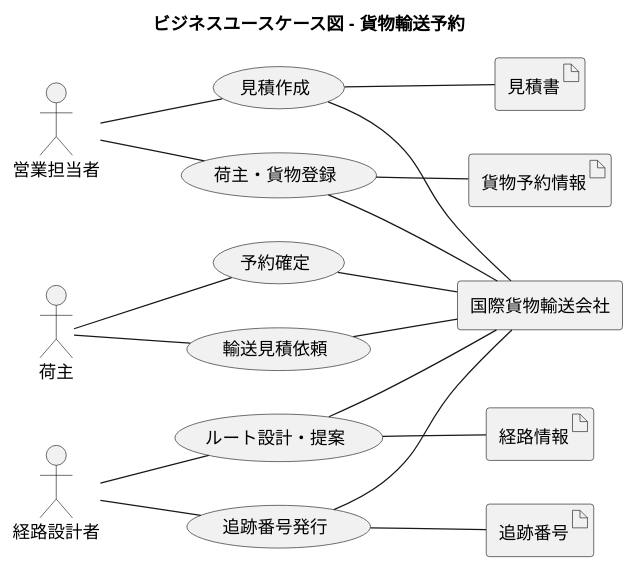
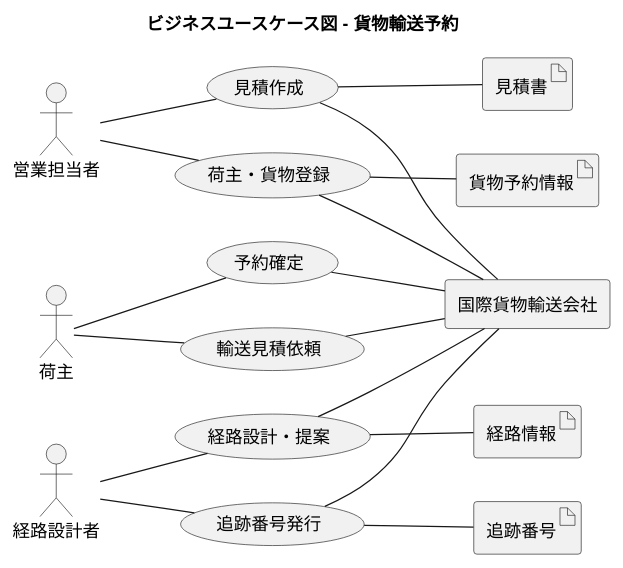
The fourth of 21 diagrams in docs/requirements/requirements_definition.md (k2works/case-study-cargo-tracker), drawn with PlantUML before and after one commit. The commit also changed other lines of this file and 2 other files, not shown here.

````diff
--- a/docs/requirements/requirements_definition.md
+++ b/docs/requirements/requirements_definition.md
@@ -244,48 +244,48 @@
 ```plantuml
 @startuml
 
 title ビジネスユースケース図 - 貨物輸送予約
 
 left to right direction
 
 actor 荷主
 actor 営業担当者
 actor 経路設計者
 
 agent 国際貨物輸送会社
 
 usecase "輸送見積依頼" as BUC01
 usecase "見積作成" as BUC02
 usecase "荷主・貨物登録" as BUC03
-usecase "ルート設計・提案" as BUC04
+usecase "経路設計・提案" as BUC04
 usecase "予約確定" as BUC05
 usecase "追跡番号発行" as BUC06
 
 artifact "見積書" as af_01
 artifact "貨物予約情報" as af_02
 artifact "経路情報" as af_03
 artifact "追跡番号" as af_04
 
 :荷主: -- (BUC01)
 :荷主: -- (BUC05)
 
 :営業担当者: -- (BUC02)
 :営業担当者: -- (BUC03)
 
 :経路設計者: -- (BUC04)
 :経路設計者: -- (BUC06)
 
 (BUC01) -- 国際貨物輸送会社
 (BUC02) -- 国際貨物輸送会社
 (BUC03) -- 国際貨物輸送会社
 (BUC04) -- 国際貨物輸送会社
 (BUC05) -- 国際貨物輸送会社
 (BUC06) -- 国際貨物輸送会社
 
 (BUC02) -- af_01
 (BUC03) -- af_02
 (BUC04) -- af_03
 (BUC06) -- af_04
 
 @enduml
 ```
````
